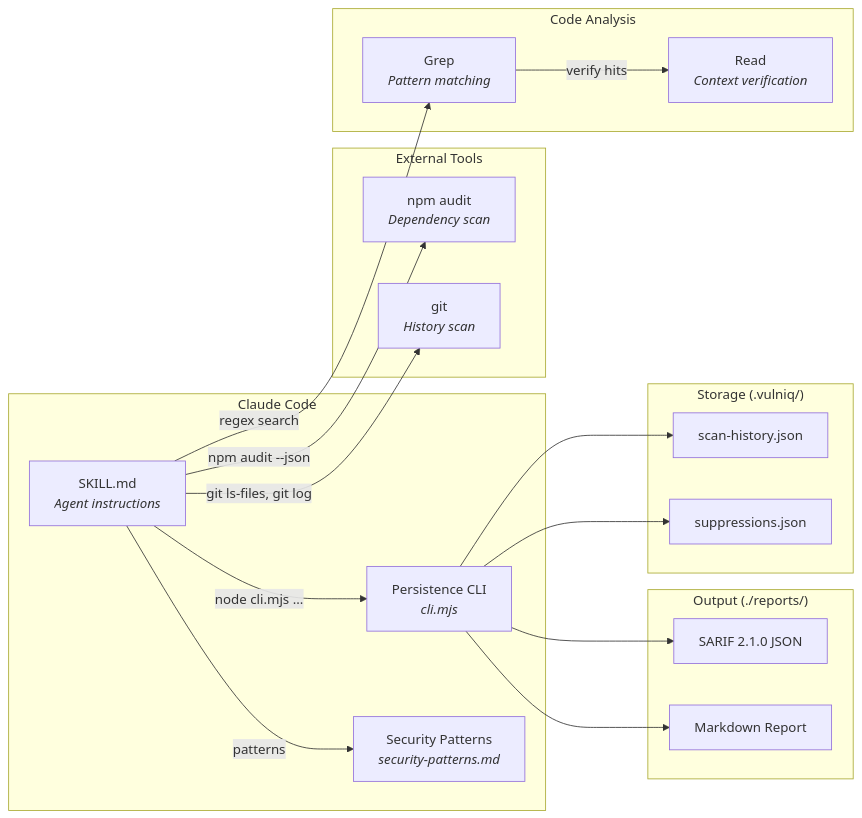
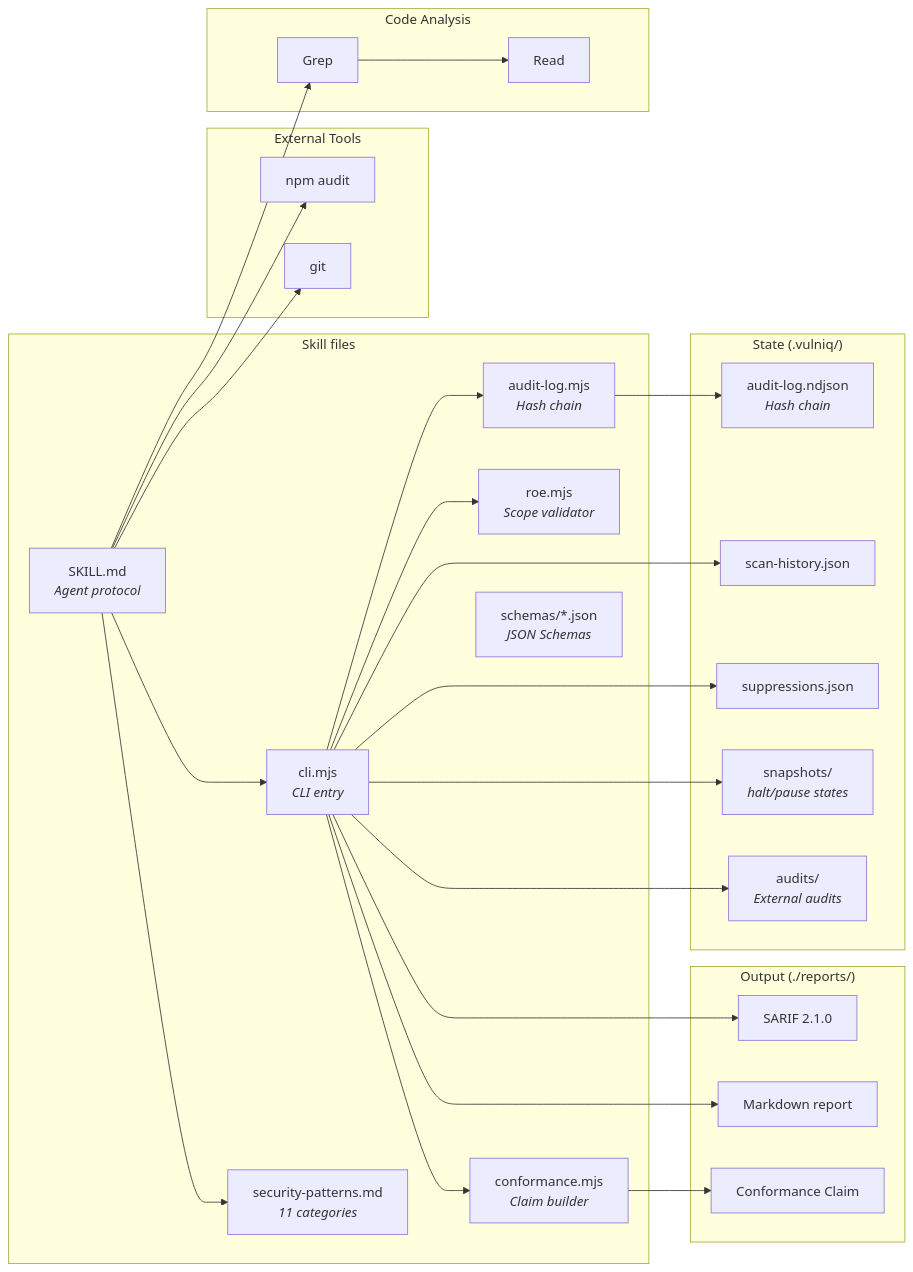
Before and after one commit to JakubKontra/skills: the second of 2 diagrams in docs/vulniq.md, drawn with Mermaid. The commit also changed other lines of this file and 44 other files, not shown here.

````diff
--- a/docs/vulniq.md
+++ b/docs/vulniq.md
@@ -189,39 +259,54 @@
 ```mermaid
 graph LR
-    subgraph "Claude Code"
-        SK["SKILL.md<br/><i>Agent instructions</i>"]
-        CL["Persistence CLI<br/><i>cli.mjs</i>"]
-        PA["Security Patterns<br/><i>security-patterns.md</i>"]
+    subgraph "Skill files"
+        SK["SKILL.md<br/><i>Agent protocol</i>"]
+        CL["cli.mjs<br/><i>CLI entry</i>"]
+        AL["audit-log.mjs<br/><i>Hash chain</i>"]
+        RO["roe.mjs<br/><i>Scope validator</i>"]
+        CF["conformance.mjs<br/><i>Claim builder</i>"]
+        PA["security-patterns.md<br/><i>11 categories</i>"]
+        SCH["schemas/*.json<br/><i>JSON Schemas</i>"]
     end
 
     subgraph "External Tools"
-        NA["npm audit<br/><i>Dependency scan</i>"]
-        GI["git<br/><i>History scan</i>"]
+        NA["npm audit"]
+        GI["git"]
     end
 
     subgraph "Code Analysis"
-        GR["Grep<br/><i>Pattern matching</i>"]
-        RD["Read<br/><i>Context verification</i>"]
+        GR["Grep"]
+        RD["Read"]
     end
 
     subgraph "Output (./reports/)"
-        SR["SARIF 2.1.0 JSON"]
-        MD["Markdown Report"]
+        SR["SARIF 2.1.0"]
+        MD["Markdown report"]
+        CM["Conformance Claim"]
     end
 
-    subgraph "Storage (.vulniq/)"
+    subgraph "State (.vulniq/)"
+        LOG["audit-log.ndjson<br/><i>Hash chain</i>"]
         SH["scan-history.json"]
         SU["suppressions.json"]
+        SNAP["snapshots/<br/><i>halt/pause states</i>"]
+        AUD["audits/<br/><i>External audits</i>"]
     end
 
-    SK -->|"patterns"| PA
-    SK -->|"npm audit --json"| NA
-    SK -->|"git ls-files, git log"| GI
-    SK -->|"regex search"| GR
-    GR -->|"verify hits"| RD
-    SK -->|"node cli.mjs ..."| CL
+    SK --> CL
+    CL --> AL
+    CL --> RO
+    CL --> CF
+    SK --> PA
+    SK --> NA
+    SK --> GI
+    SK --> GR
+    GR --> RD
+    AL --> LOG
     CL --> SR
     CL --> MD
+    CF --> CM
     CL --> SH
     CL --> SU
+    CL --> SNAP
+    CL --> AUD
 ```
````
